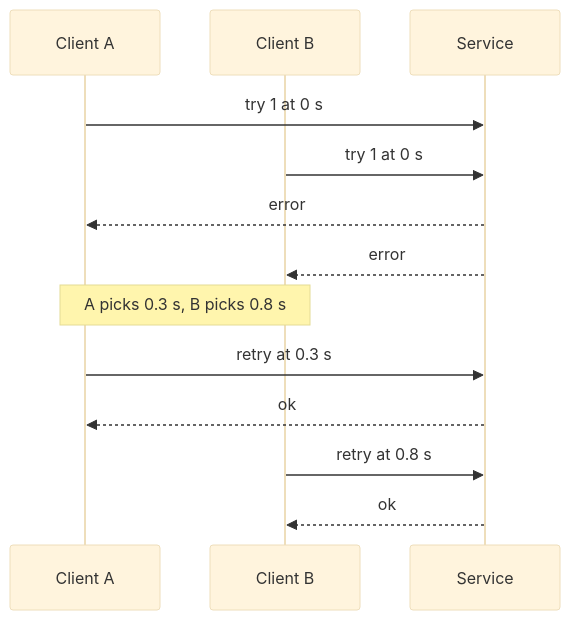
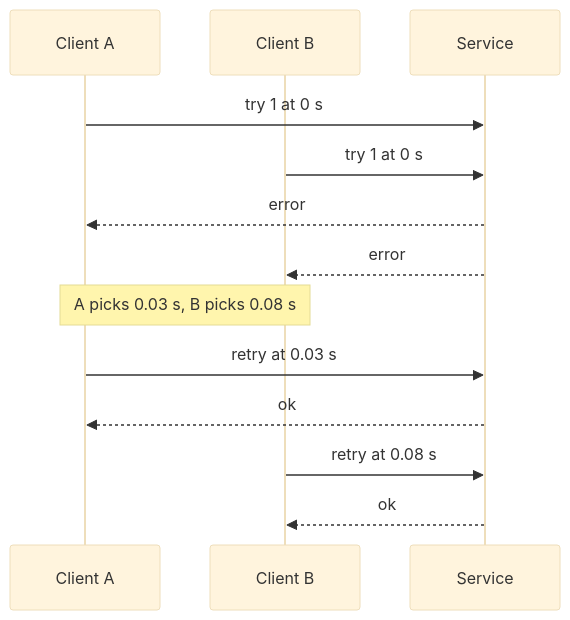
The third of 15 diagrams in site/authored/sd/reliability.md (pravnyadv/dev-essentials), drawn with Mermaid (base theme) before and after one commit. The commit also changed other lines of this file and 66 other files, not shown here.

````diff
--- a/site/authored/sd/reliability.md
+++ b/site/authored/sd/reliability.md
@@ -153,15 +157,15 @@
 ```mermaid With jitter, two clients that failed together retry at different moments
 sequenceDiagram
   participant A as Client A
   participant B as Client B
   participant S as Service
   A->>S: try 1 at 0 s
   B->>S: try 1 at 0 s
   S-->>A: error
   S-->>B: error
-  Note over A,B: A picks 0.3 s, B picks 0.8 s
-  A->>S: retry at 0.3 s
+  Note over A,B: A picks 0.03 s, B picks 0.08 s
+  A->>S: retry at 0.03 s
   S-->>A: ok
-  B->>S: retry at 0.8 s
+  B->>S: retry at 0.08 s
   S-->>B: ok
 ```
````
